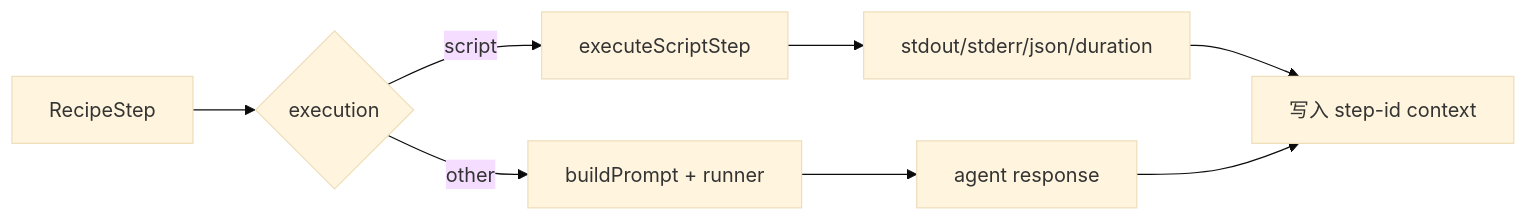
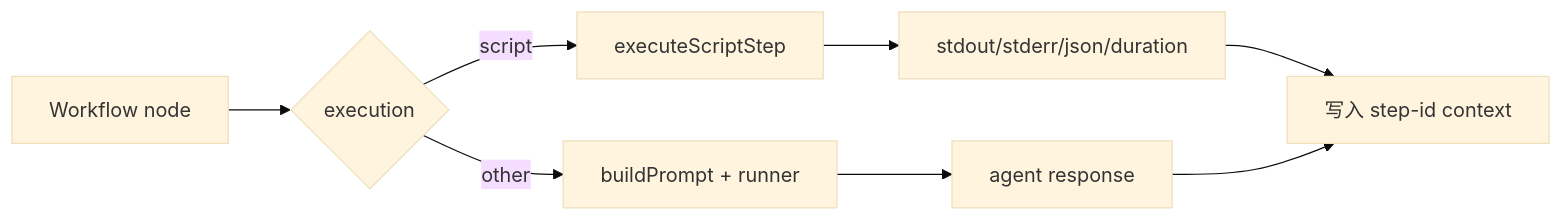
One commit to sjzsdu/tt changed the seventh of 8 diagrams in ai-docs/formula-system.md. Above: the diagram before and after it, drawn with Mermaid (base theme). The commit also changed other lines of this file and 19 other files, not shown here.

````diff
--- a/ai-docs/formula-system.md
+++ b/ai-docs/formula-system.md
@@ -271,10 +271,10 @@
 ```mermaid
 flowchart LR
-    A[RecipeStep] --> B{execution}
+    A[Workflow node] --> B{execution}
     B -- script --> C[executeScriptStep]
     B -- other --> D[buildPrompt + runner]
     C --> E[stdout/stderr/json/duration]
     D --> F[agent response]
     E --> G[写入 step-id context]
     F --> G
 ```
````
